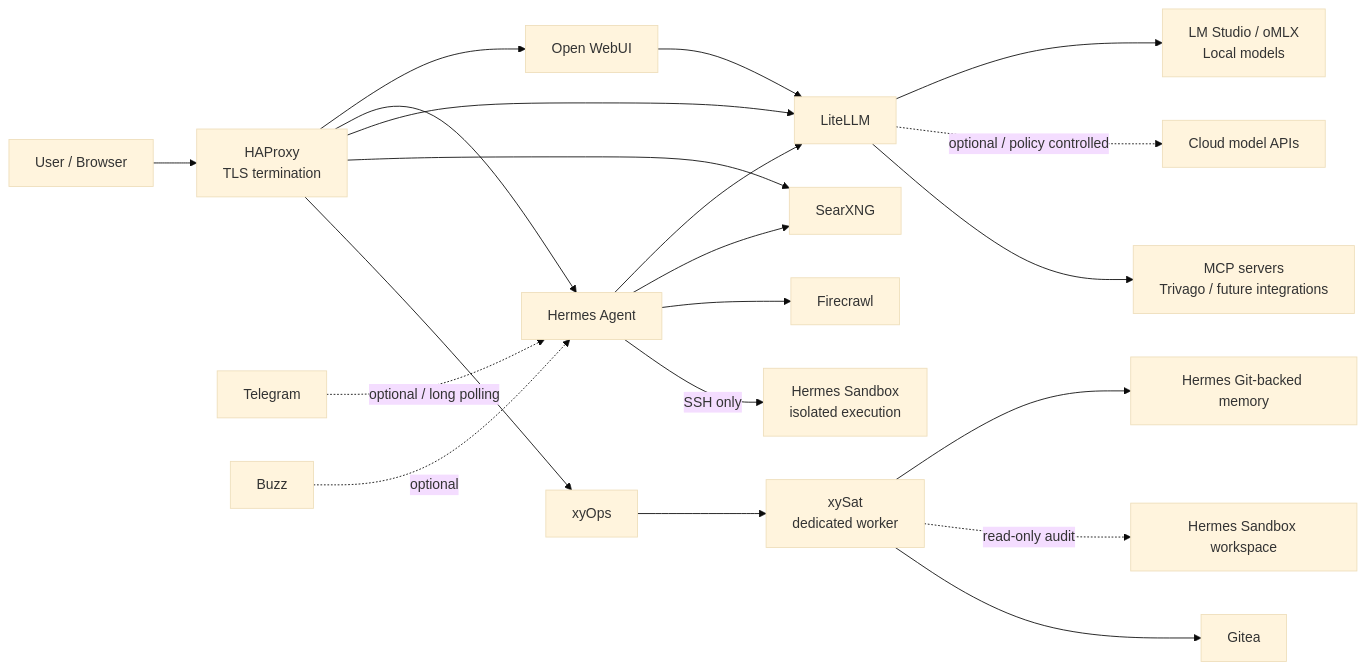
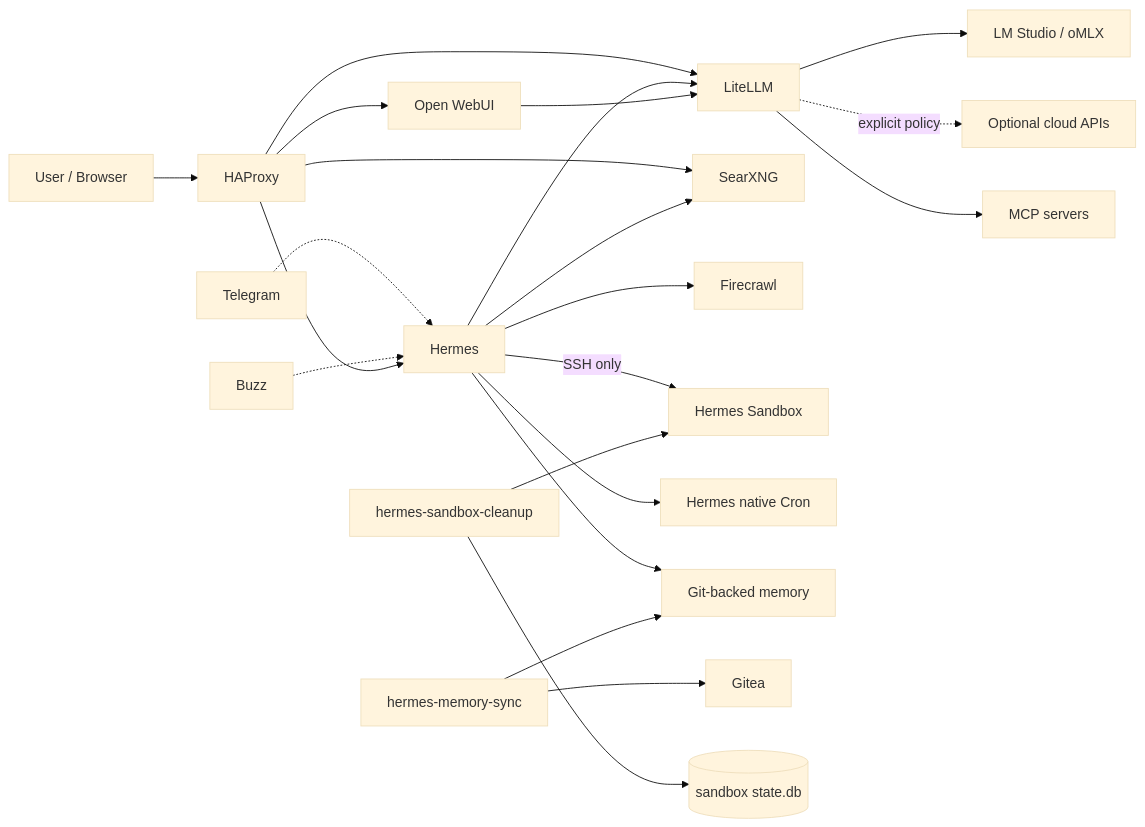
One commit to ea1het/local_hybrid_ai changed the diagram in README.md. Above: the diagram before and after it, drawn with Mermaid (base theme). The commit also changed other lines of this file, not shown here.

Commit message:
Refresh architecture after retiring xyOps

````diff
--- a/README.md
+++ b/README.md
@@ -41,28 +28,29 @@
 ```mermaid
 flowchart LR
-    U[User / Browser] --> HAP[HAProxy<br/>TLS termination]
-    TG[Telegram] -. optional / long polling .-> HA[Hermes Agent]
-    BUZZ[Buzz] -. optional .-> HA
+    U[User / Browser] --> HAP[HAProxy]
+    TG[Telegram] -.-> H[Hermes]
+    BUZZ[Buzz] -.-> H
 
     HAP --> OW[Open WebUI]
-    HAP --> HA
+    HAP --> H
     HAP --> LL[LiteLLM]
     HAP --> SX[SearXNG]
-    HAP --> XO[xyOps]
 
-    HA --> LL
+    H --> LL
     OW --> LL
+    LL --> LM[LM Studio / oMLX]
+    LL -. explicit policy .-> CLOUD[Optional cloud APIs]
+    LL --> MCP[MCP servers]
 
-    LL --> LMS[LM Studio / oMLX<br/>Local models]
-    LL -. optional / policy controlled .-> CLOUD[Cloud model APIs]
-    LL --> MCP[MCP servers<br/>Trivago / future integrations]
+    H --> SX
+    H --> FC[Firecrawl]
+    H -->|SSH only| SB[Hermes Sandbox]
+    H --> CRON[Hermes native Cron]
+    H --> MEM[Git-backed memory]
 
-    HA --> SX
-    HA --> FC[Firecrawl]
-    HA -->|SSH only| SB[Hermes Sandbox<br/>isolated execution]
+    MS[hermes-memory-sync] --> MEM
+    MS --> G[Gitea]
 
-    XO --> XS[xySat<br/>dedicated worker]
-    XS --> GM[Hermes Git-backed memory]
-    XS -. read-only audit .-> SW[Hermes Sandbox workspace]
-    XS --> G[Gitea]
+    SC[hermes-sandbox-cleanup] --> SB
+    SC --> DB[(sandbox state.db)]
 ```
````
